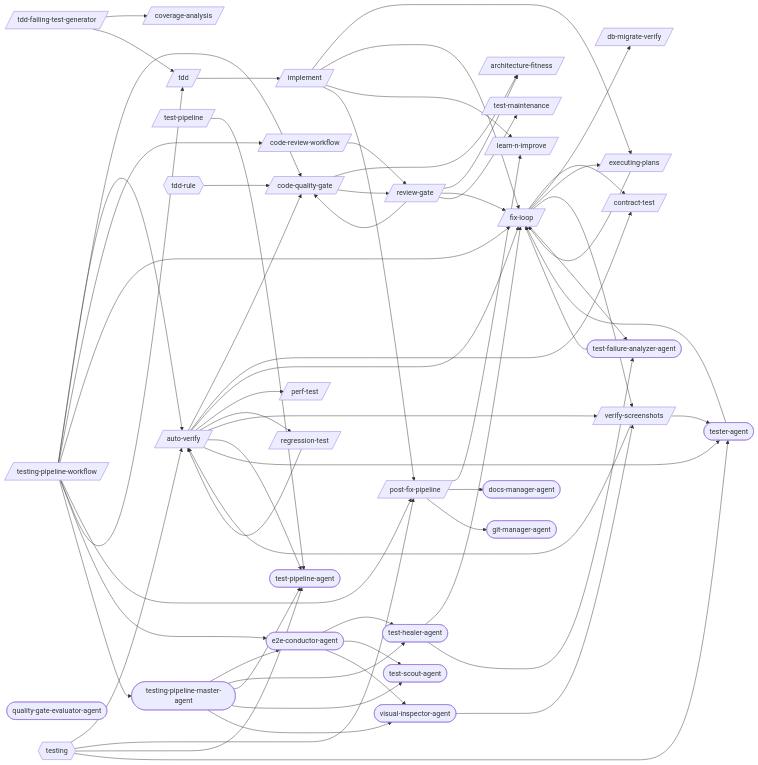
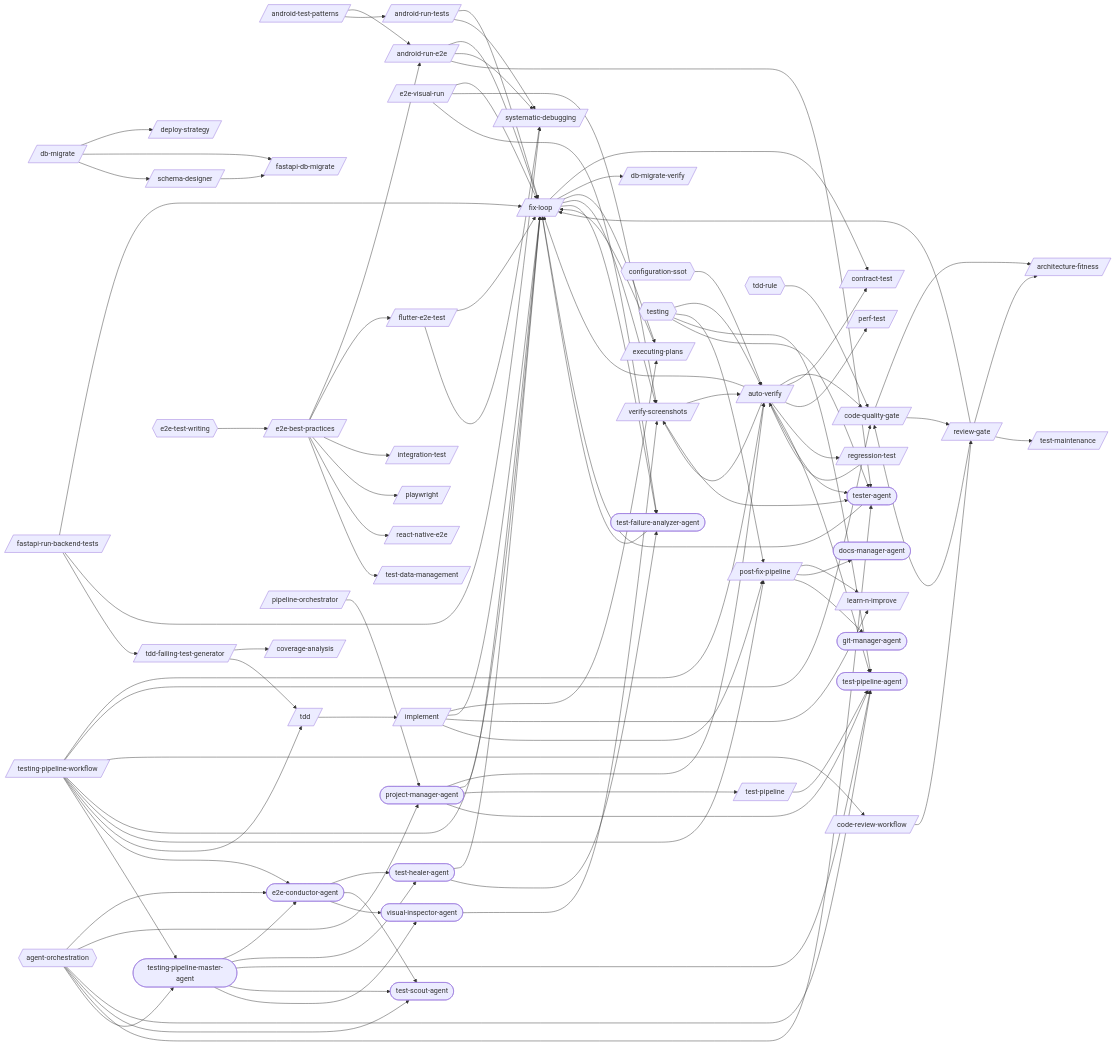
One commit to abhayla/claude-best-practices changed the diagram in docs/workflows/testing-pipeline.md. Above: the diagram before and after it, drawn with Mermaid. The commit also changed other lines of this file and 23 other files, not shown here.

````diff
--- a/docs/workflows/testing-pipeline.md
+++ b/docs/workflows/testing-pipeline.md
@@ -9,22 +11,39 @@
 ```mermaid
 graph LR
+    android_run_e2e[/android-run-e2e/]
+    android_run_tests[/android-run-tests/]
+    android_test_patterns[/android-test-patterns/]
     architecture_fitness[/architecture-fitness/]
     auto_verify[/auto-verify/]
     code_quality_gate[/code-quality-gate/]
     code_review_workflow[/code-review-workflow/]
     contract_test[/contract-test/]
     coverage_analysis[/coverage-analysis/]
+    db_migrate[/db-migrate/]
     db_migrate_verify[/db-migrate-verify/]
+    deploy_strategy[/deploy-strategy/]
+    e2e_best_practices[/e2e-best-practices/]
+    e2e_visual_run[/e2e-visual-run/]
     executing_plans[/executing-plans/]
+    fastapi_db_migrate[/fastapi-db-migrate/]
+    fastapi_run_backend_tests[/fastapi-run-backend-tests/]
     fix_loop[/fix-loop/]
+    flutter_e2e_test[/flutter-e2e-test/]
     implement[/implement/]
+    integration_test[/integration-test/]
     learn_n_improve[/learn-n-improve/]
     perf_test[/perf-test/]
+    pipeline_orchestrator[/pipeline-orchestrator/]
+    playwright[/playwright/]
     post_fix_pipeline[/post-fix-pipeline/]
+    react_native_e2e[/react-native-e2e/]
     regression_test[/regression-test/]
     review_gate[/review-gate/]
+    schema_designer[/schema-designer/]
+    systematic_debugging[/systematic-debugging/]
     tdd[/tdd/]
     tdd_failing_test_generator[/tdd-failing-test-generator/]
+    test_data_management[/test-data-management/]
     test_maintenance[/test-maintenance/]
     test_pipeline[/test-pipeline/]
     testing_pipeline_workflow[/testing-pipeline-workflow/]
@@ -32,7 +51,7 @@
     docs_manager_agent([docs-manager-agent])
     e2e_conductor_agent([e2e-conductor-agent])
     git_manager_agent([git-manager-agent])
-    quality_gate_evaluator_agent([quality-gate-evaluator-agent])
+    project_manager_agent([project-manager-agent])
     test_failure_analyzer_agent([test-failure-analyzer-agent])
     test_healer_agent([test-healer-agent])
     test_pipeline_agent([test-pipeline-agent])
@@ -40,8 +59,18 @@
     tester_agent([tester-agent])
     testing_pipeline_master_agent([testing-pipeline-master-agent])
     visual_inspector_agent([visual-inspector-agent])
+    agent_orchestration{{agent-orchestration}}
+    configuration_ssot{{configuration-ssot}}
+    e2e_test_writing{{e2e-test-writing}}
     tdd_rule{{tdd-rule}}
     testing{{testing}}
+    android_run_e2e --> fix_loop
+    android_run_e2e --> systematic_debugging
+    android_run_e2e --> tester_agent
+    android_run_tests --> fix_loop
+    android_run_tests --> systematic_debugging
+    android_test_patterns --> android_run_e2e
+    android_test_patterns --> android_run_tests
     auto_verify --> code_quality_gate
     auto_verify --> contract_test
     auto_verify --> fix_loop
@@ -53,16 +82,34 @@
     code_quality_gate --> architecture_fitness
     code_quality_gate --> review_gate
     code_review_workflow --> review_gate
+    db_migrate --> deploy_strategy
+    db_migrate --> fastapi_db_migrate
+    db_migrate --> schema_designer
+    e2e_best_practices --> android_run_e2e
+    e2e_best_practices --> flutter_e2e_test
+    e2e_best_practices --> integration_test
+    e2e_best_practices --> playwright
+    e2e_best_practices --> react_native_e2e
+    e2e_best_practices --> test_data_management
+    e2e_visual_run --> fix_loop
+    e2e_visual_run --> verify_screenshots
+    e2e_visual_run --> test_failure_analyzer_agent
     executing_plans --> fix_loop
+    fastapi_run_backend_tests --> fix_loop
+    fastapi_run_backend_tests --> systematic_debugging
+    fastapi_run_backend_tests --> tdd_failing_test_generator
     fix_loop --> contract_test
     fix_loop --> db_migrate_verify
     fix_loop --> executing_plans
     fix_loop --> verify_screenshots
     fix_loop --> test_failure_analyzer_agent
+    flutter_e2e_test --> fix_loop
+    flutter_e2e_test --> systematic_debugging
     implement --> executing_plans
     implement --> fix_loop
     implement --> learn_n_improve
     implement --> post_fix_pipeline
+    pipeline_orchestrator --> project_manager_agent
     post_fix_pipeline --> learn_n_improve
     post_fix_pipeline --> docs_manager_agent
     post_fix_pipeline --> git_manager_agent
@@ -71,6 +118,7 @@
     review_gate --> code_quality_gate
     review_gate --> fix_loop
     review_gate --> test_maintenance
+    schema_designer --> fastapi_db_migrate
     tdd --> implement
     tdd_failing_test_generator --> coverage_analysis
     tdd_failing_test_generator --> tdd
@@ -88,6 +136,10 @@
     e2e_conductor_agent --> test_healer_agent
     e2e_conductor_agent --> test_scout_agent
     e2e_conductor_agent --> visual_inspector_agent
+    project_manager_agent --> auto_verify
+    project_manager_agent --> fix_loop
+    project_manager_agent --> test_pipeline
+    project_manager_agent --> test_pipeline_agent
     test_failure_analyzer_agent --> fix_loop
     test_healer_agent --> fix_loop
     test_healer_agent --> test_failure_analyzer_agent
@@ -98,6 +150,14 @@
     testing_pipeline_master_agent --> test_scout_agent
     testing_pipeline_master_agent --> visual_inspector_agent
     visual_inspector_agent --> verify_screenshots
+    agent_orchestration --> e2e_conductor_agent
+    agent_orchestration --> project_manager_agent
+    agent_orchestration --> test_pipeline_agent
+    agent_orchestration --> test_scout_agent
+    agent_orchestration --> tester_agent
+    agent_orchestration --> testing_pipeline_master_agent
+    configuration_ssot --> auto_verify
+    e2e_test_writing --> e2e_best_practices
     tdd_rule --> code_quality_gate
     testing --> auto_verify
     testing --> post_fix_pipeline
````
